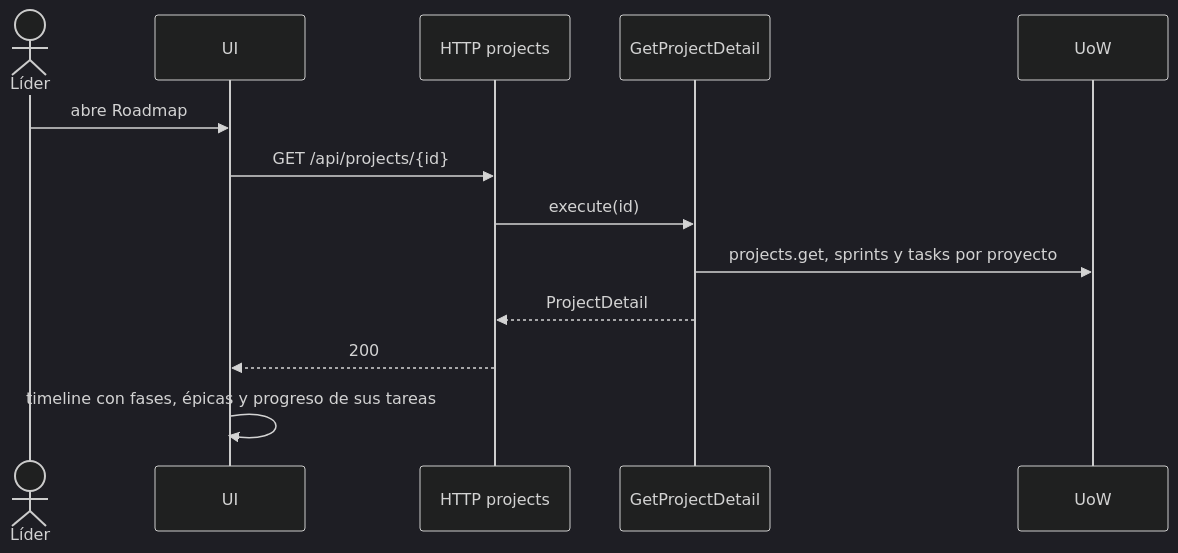
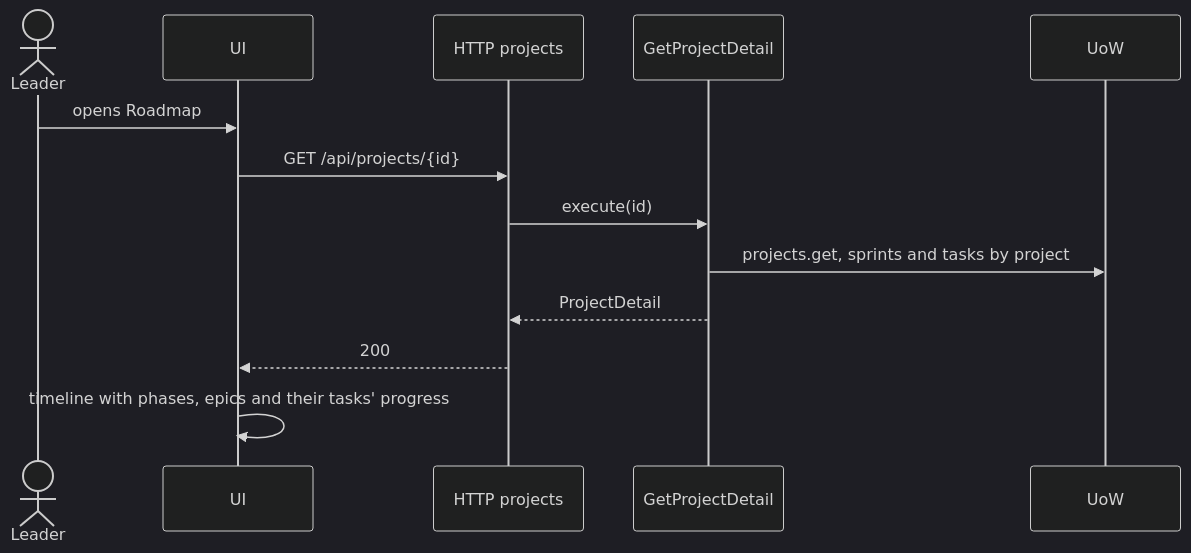
One commit to Mitchz01/TransparencIA changed diagram 11 of 18 in plan/use-cases.md. Above: the diagram before and after it, drawn with Mermaid (dark theme). The commit also changed other lines of this file and 68 other files, not shown here.

````diff
--- a/plan/use-cases.md
+++ b/plan/use-cases.md
@@ -366,16 +370,16 @@
 ```mermaid
 sequenceDiagram
-    actor L as Líder
+    actor L as Leader
     participant UI
     participant HTTP as HTTP projects
     participant UC as GetProjectDetail
     participant UoW
 
-    L->>UI: abre Roadmap
+    L->>UI: opens Roadmap
     UI->>HTTP: GET /api/projects/{id}
     HTTP->>UC: execute(id)
-    UC->>UoW: projects.get, sprints y tasks por proyecto
+    UC->>UoW: projects.get, sprints and tasks by project
     UC-->>HTTP: ProjectDetail
     HTTP-->>UI: 200
-    UI->>UI: timeline con fases, épicas y progreso de sus tareas
+    UI->>UI: timeline with phases, epics and their tasks' progress
 ```
````
